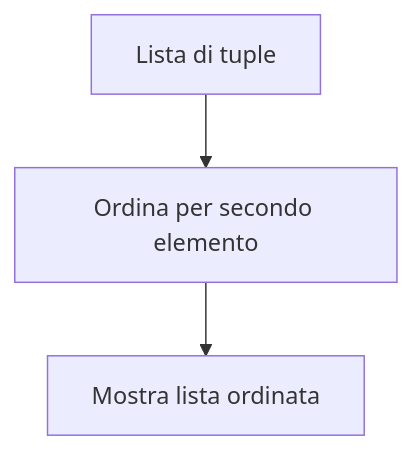
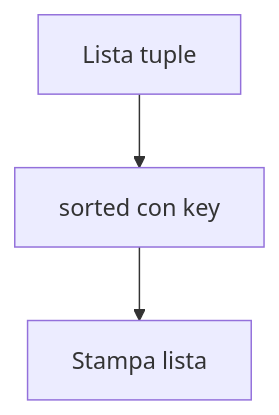
The tenth of 20 diagrams in 04-python-jupyter-analisi-biomedica/README.md (lucadagati/Lab_Fondamenti_di_Informatica_25_26), drawn with Mermaid before and after one commit. The commit also changed other lines of this file, not shown here.

First line of the commit message:
README Lab 4: diagrammi separati per Jupyter e Python

````diff
--- a/04-python-jupyter-analisi-biomedica/README.md
+++ b/04-python-jupyter-analisi-biomedica/README.md
@@ -114,5 +147,5 @@
 ```mermaid
 flowchart TD
-    A[Lista di tuple] --> B[Ordina per secondo elemento]
-    B --> C[Mostra lista ordinata]
+    A[Lista tuple] --> B[sorted con key]
+    B --> C[Stampa lista]
 ```
````
